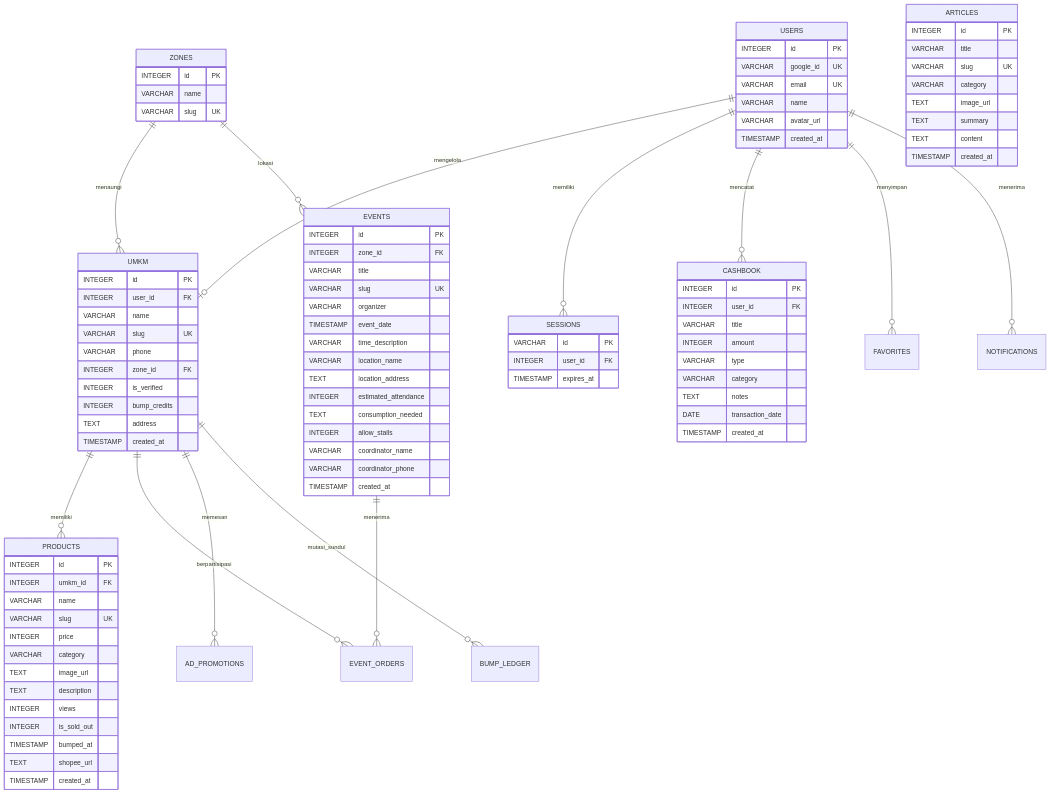
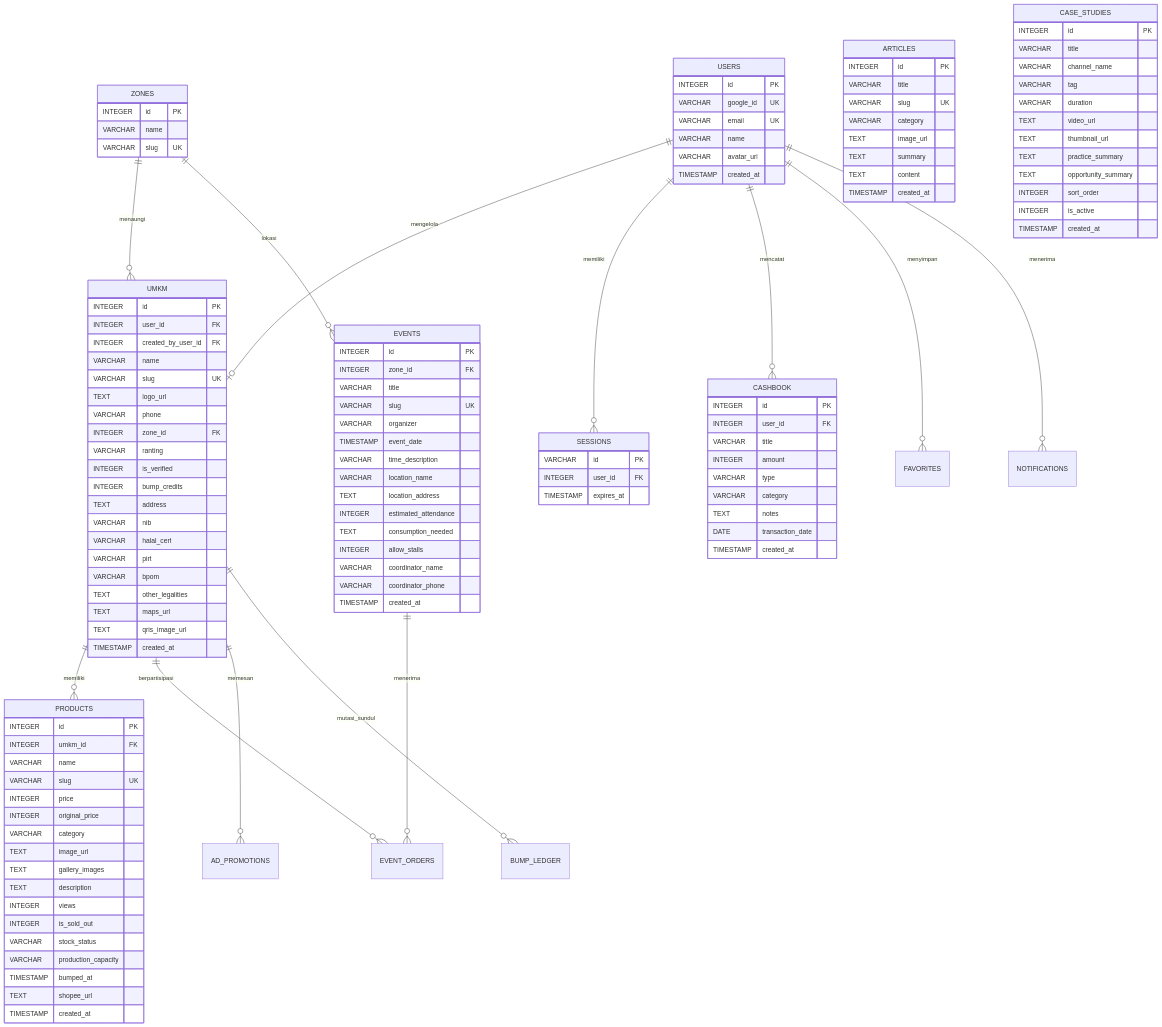
Before and after one commit to rasyiqi-code/mamasar: the diagram in DOCS/DATABASE.md, drawn with Mermaid. The commit also changed other lines of this file and 7 other files, not shown here.

```diff
--- a/DOCS/DATABASE.md
+++ b/DOCS/DATABASE.md
@@ -49,13 +49,23 @@
     UMKM {
         INTEGER id PK
         INTEGER user_id FK
+        INTEGER created_by_user_id FK
         VARCHAR name
         VARCHAR slug UK
+        TEXT logo_url
         VARCHAR phone
         INTEGER zone_id FK
+        VARCHAR ranting
         INTEGER is_verified
         INTEGER bump_credits
         TEXT address
+        VARCHAR nib
+        VARCHAR halal_cert
+        VARCHAR pirt
+        VARCHAR bpom
+        TEXT other_legalities
+        TEXT maps_url
+        TEXT qris_image_url
         TIMESTAMP created_at
     }
 
@@ -65,11 +75,15 @@
         VARCHAR name
         VARCHAR slug UK
         INTEGER price
+        INTEGER original_price
         VARCHAR category
         TEXT image_url
+        TEXT gallery_images
         TEXT description
         INTEGER views
         INTEGER is_sold_out
+        VARCHAR stock_status
+        VARCHAR production_capacity
         TIMESTAMP bumped_at
         TEXT shopee_url
         TIMESTAMP created_at
@@ -83,6 +97,21 @@
         TEXT image_url
         TEXT summary
         TEXT content
+        TIMESTAMP created_at
+    }
+
+    CASE_STUDIES {
+        INTEGER id PK
+        VARCHAR title
+        VARCHAR channel_name
+        VARCHAR tag
+        VARCHAR duration
+        TEXT video_url
+        TEXT thumbnail_url
+        TEXT practice_summary
+        TEXT opportunity_summary
+        INTEGER sort_order
+        INTEGER is_active
         TIMESTAMP created_at
     }
 
```
